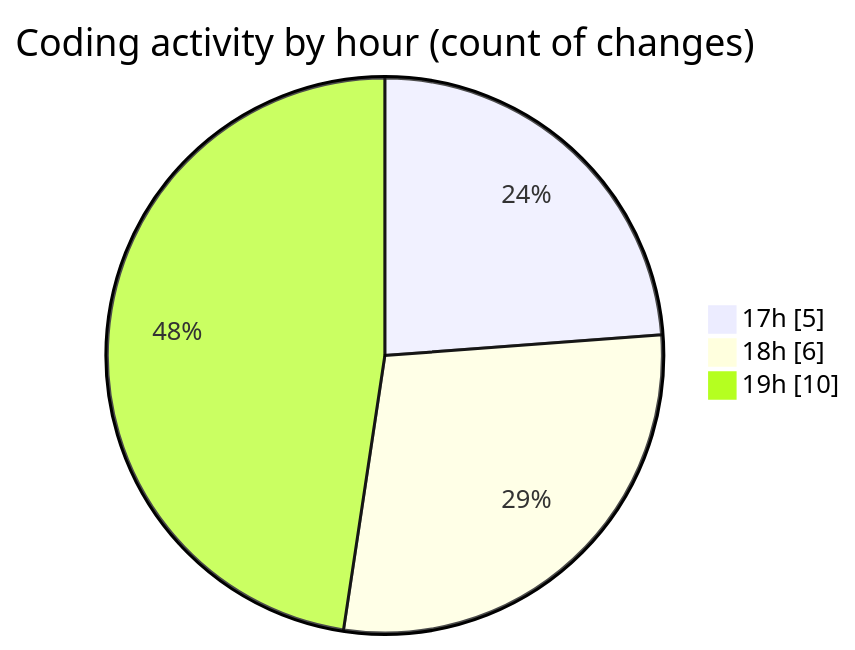
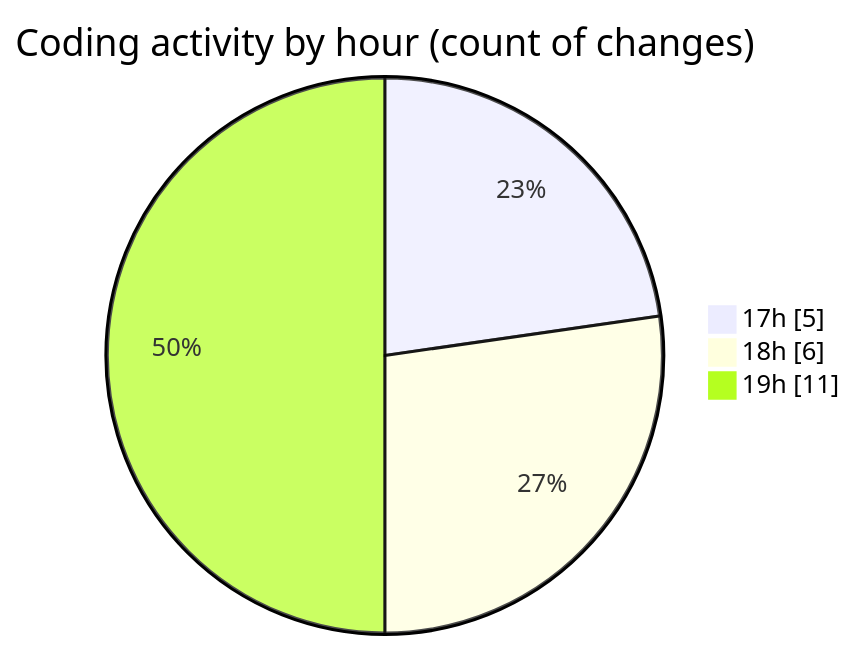
One commit to tmsrecording-cyber/code-tracking changed the second of 2 diagrams in 2026-02-01/singularitybrainai/README.md. Above: the diagram before and after it, drawn with Mermaid. The commit also changed other lines of this file and 1 other file, not shown here.

````diff
--- a/2026-02-01/singularitybrainai/README.md
+++ b/2026-02-01/singularitybrainai/README.md
@@ -34,7 +34,7 @@
 ```mermaid
 pie showData
 title Coding activity by hour (count of changes)
 "17h" : 5
 "18h" : 6
-"19h" : 10
+"19h" : 11
 ```
````
